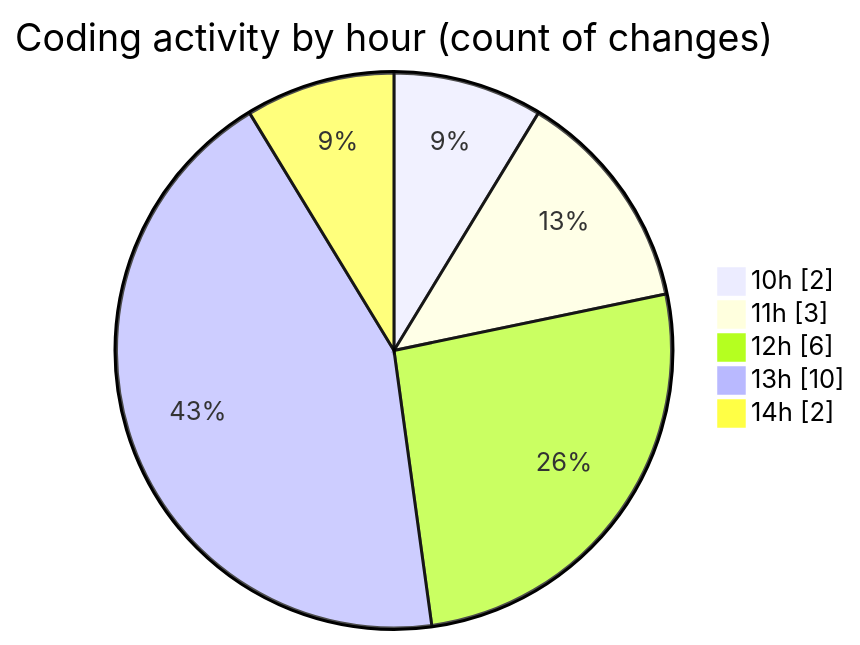
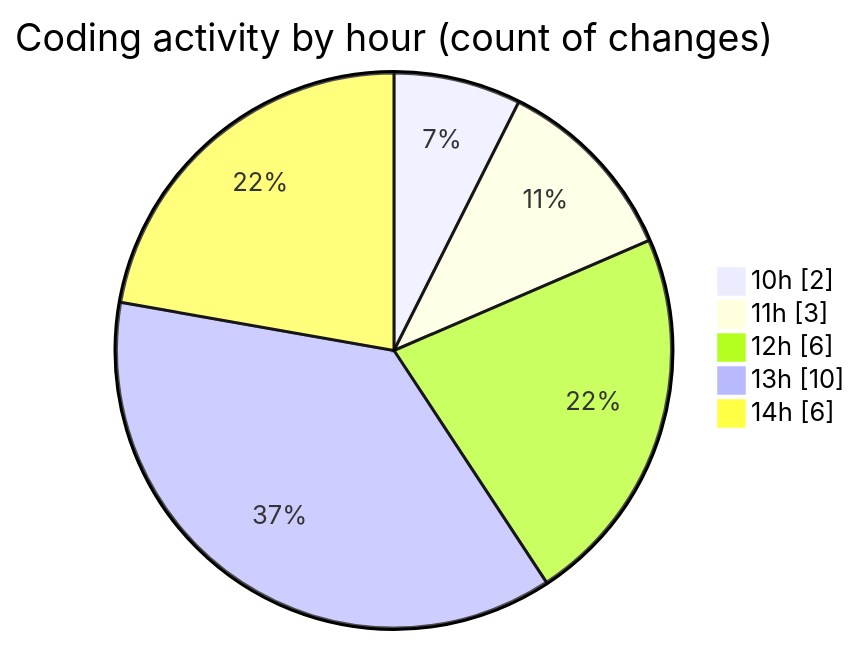
Before and after one commit to momahboobian/code-tracking: the second of 2 diagrams in 2026-11-11/cda/README.md, drawn with Mermaid. The commit also changed other lines of this file and 1 other file, not shown here.

````diff
--- a/2026-11-11/cda/README.md
+++ b/2026-11-11/cda/README.md
@@ -33,9 +34,9 @@
 ```mermaid
 pie showData
 title Coding activity by hour (count of changes)
 "10h" : 2
 "11h" : 3
 "12h" : 6
 "13h" : 10
-"14h" : 2
+"14h" : 6
 ```
````
